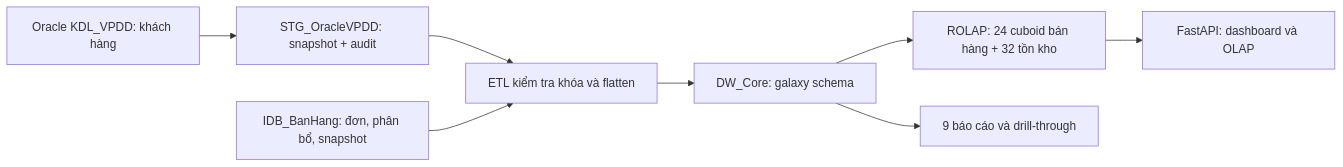
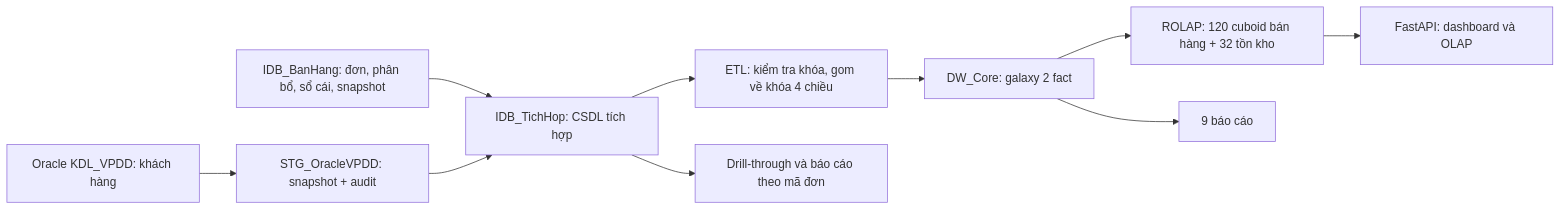
The first of 3 diagrams in docs/BAO_CAO.md (HoangNgn30/BTL_Datawarehouse), drawn with Mermaid before and after one commit. The commit also changed other lines of this file and 33 other files, not shown here.

First line of the commit message:
Fact ban hang 4 chieu, 152 cuboid, du lieu >=100k dong; xoa thu muc CLAUDE

````diff
--- a/docs/BAO_CAO.md
+++ b/docs/BAO_CAO.md
@@ -19,10 +23,12 @@
 ```mermaid
 flowchart LR
   A[Oracle KDL_VPDD: khách hàng] --> S[STG_OracleVPDD: snapshot + audit]
-  S --> E[ETL kiểm tra khóa và flatten]
-  B[IDB_BanHang: đơn, phân bổ, snapshot] --> E
-  E --> D[DW_Core: galaxy schema]
-  D --> O[ROLAP: 24 cuboid bán hàng + 32 tồn kho]
+  B[IDB_BanHang: đơn, phân bổ, sổ cái, snapshot] --> I[IDB_TichHop: CSDL tích hợp]
+  S --> I
+  I --> E[ETL: kiểm tra khóa, gom về khóa 4 chiều]
+  E --> D[DW_Core: galaxy 2 fact]
+  D --> O[ROLAP: 120 cuboid bán hàng + 32 tồn kho]
   O --> U[FastAPI: dashboard và OLAP]
-  D --> R[9 báo cáo và drill-through]
+  D --> R[9 báo cáo]
+  I --> T[Drill-through và báo cáo theo mã đơn]
 ```
````
